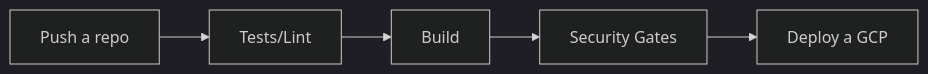
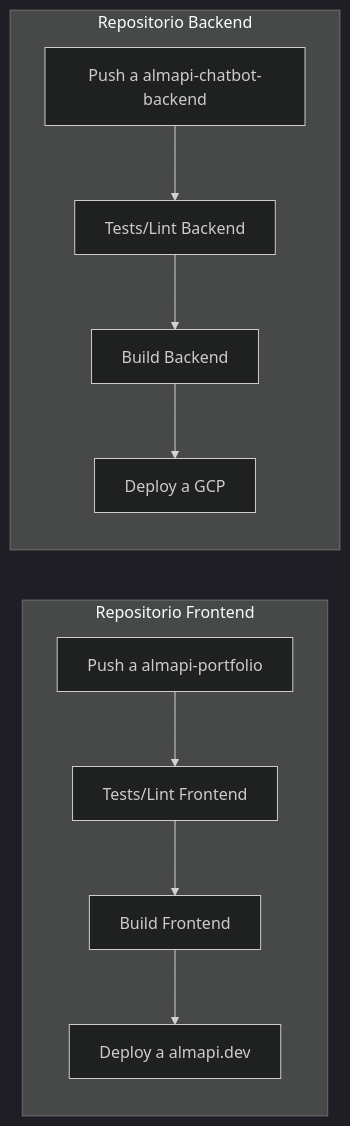
Diagram 27 of 27 in docs/tech-solution.md (LIDR-academy/AI4Devs-finalproject), drawn with Mermaid (dark theme) before and after one commit. The commit also changed other lines of this file and 13 other files, not shown here.

````diff
--- a/docs/tech-solution.md
+++ b/docs/tech-solution.md
@@ -272,7 +1980,14 @@
 ```mermaid
 flowchart LR
-    A["Push a repo"] --> B["Tests/Lint"]
-    B --> C["Build"]
-    C --> D["Security Gates"]
-    D --> E["Deploy a GCP"]
+    subgraph "Repositorio Frontend"
+        A1["Push a almapi-portfolio"] --> B1["Tests/Lint Frontend"]
+        B1 --> C1["Build Frontend"]
+        C1 --> D1["Deploy a almapi.dev"]
+    end
+    
+    subgraph "Repositorio Backend"
+        A2["Push a almapi-chatbot-backend"] --> B2["Tests/Lint Backend"]
+        B2 --> C2["Build Backend"]
+        C2 --> D2["Deploy a GCP"]
+    end
 ```
````
